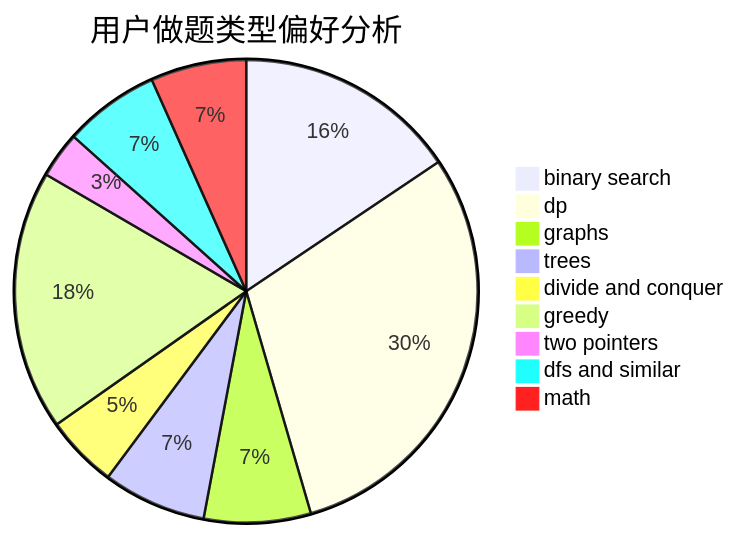
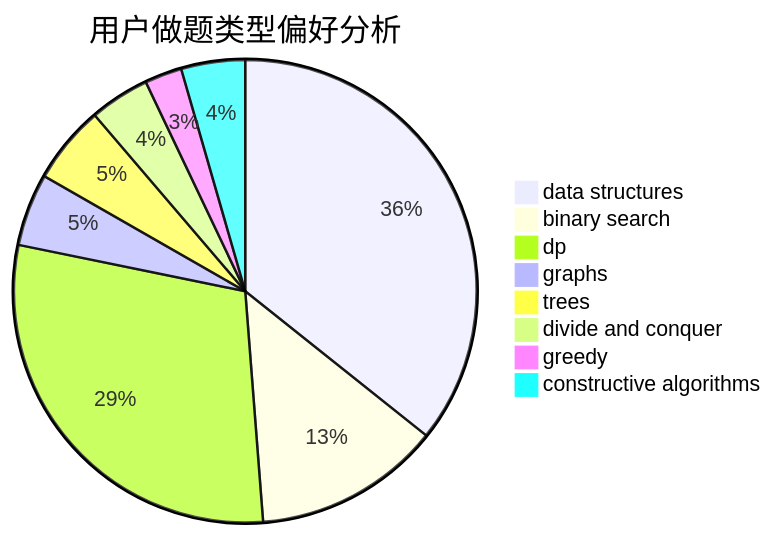
One commit to sherpahu/cfrs.github.io changed the second of 3 diagrams in docs/user/u68.md. Above: the diagram before and after it, drawn with Mermaid. The commit also changed other lines of this file and 2775 other files, not shown here.

````diff
--- a/docs/user/u68.md
+++ b/docs/user/u68.md
@@ -23,12 +23,11 @@
 ```mermaid
 pie title 用户做题类型偏好分析
-    "binary search" :  261
-    "dp" :  501
-    "graphs" :  125
-    "trees" :  121
-    "divide and conquer" :  85
-    "greedy" :  304
-    "two pointers" :  54
-    "dfs and similar" :  112
-    "math" :  112
+    "data structures" :  536
+    "binary search" :  196
+    "dp" :  442
+    "graphs" :  76
+    "trees" :  82
+    "divide and conquer" :  63
+    "greedy" :  39
+    "constructive algorithms" :  67
 ```
````
